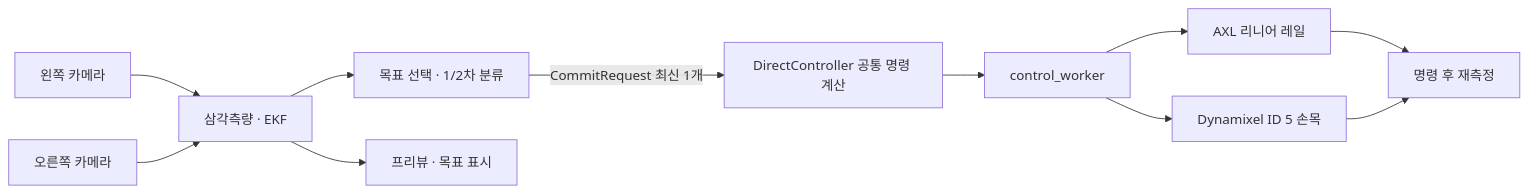
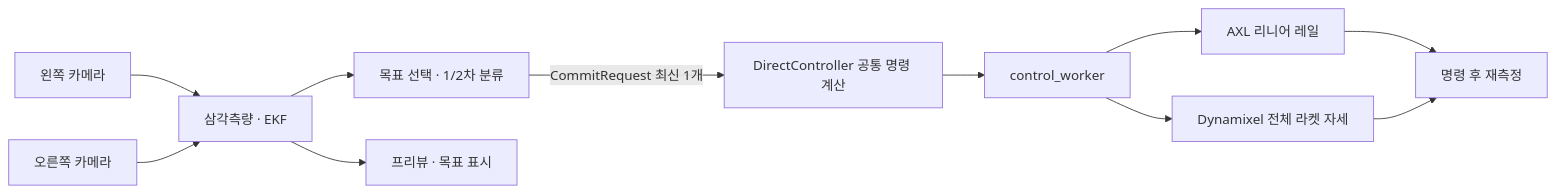
One commit to luv-all/pingpong-bot changed the diagram in src/real/README.md. Above: the diagram before and after it, drawn with Mermaid. The commit also changed other lines of this file and 16 other files, not shown here.

````diff
--- a/src/real/README.md
+++ b/src/real/README.md
@@ -20,13 +21,13 @@
 ```mermaid
 flowchart LR
     camL["왼쪽 카메라"] --> est["삼각측량 · EKF"]
     camR["오른쪽 카메라"] --> est
     est --> stage["목표 선택 · 1/2차 분류"]
     stage -->|"CommitRequest 최신 1개"| shared["DirectController 공통 명령 계산"]
     shared --> ctl["control_worker"]
     ctl --> rail["AXL 리니어 레일"]
-    ctl --> wrist["Dynamixel ID 5 손목"]
+    ctl --> wrist["Dynamixel 전체 라켓 자세"]
     rail --> readback["명령 후 재측정"]
     wrist --> readback
     est --> preview["프리뷰 · 목표 표시"]
 ```
````
